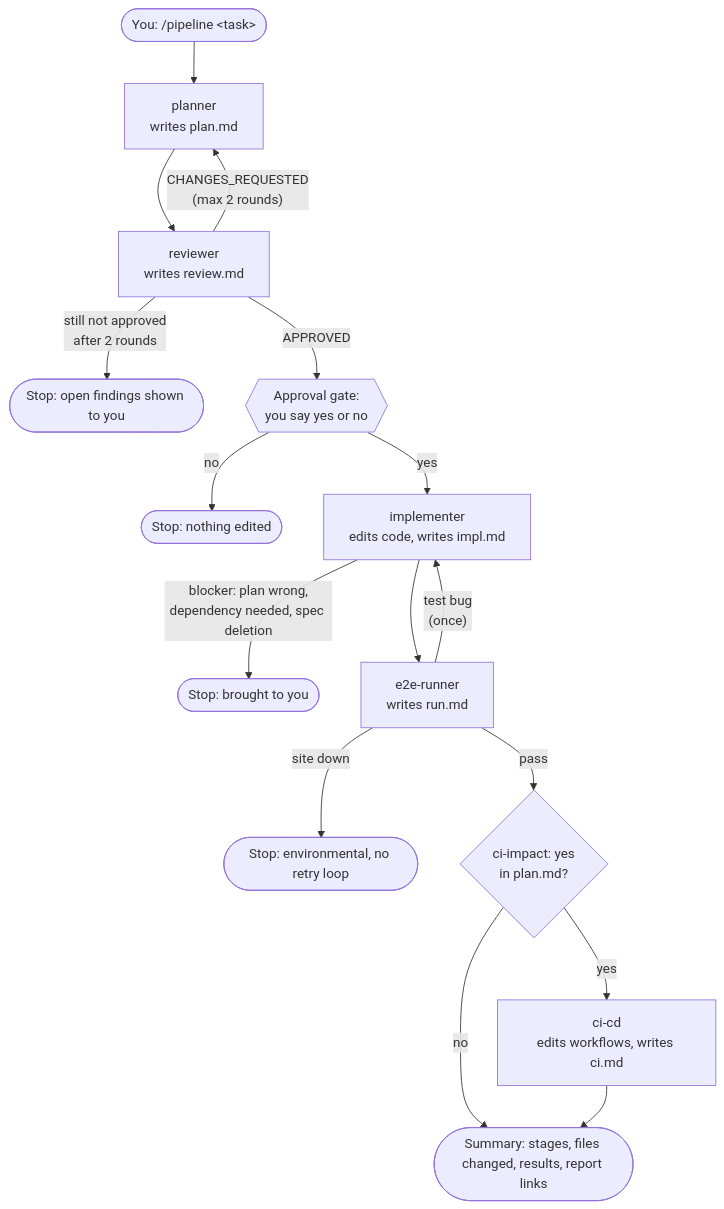
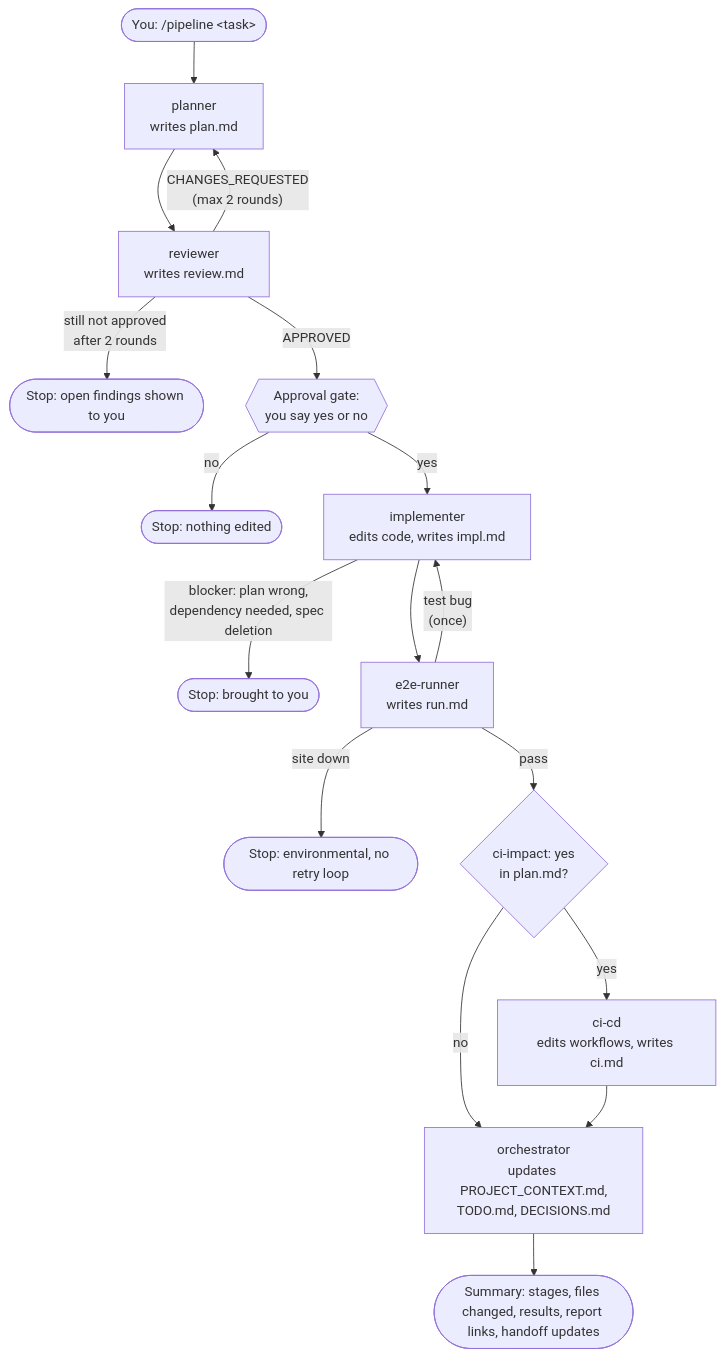
The diagram in README.md (Vijay-puppala/agentic-playwright-framework), drawn with Mermaid before and after one commit. The commit also changed other lines of this file and 11 other files, not shown here.

First line of the commit message:
docs: add AGENTS.md and persistent context files for agent handoff

````diff
--- a/README.md
+++ b/README.md
@@ -265,18 +270,19 @@
 ```mermaid
 flowchart TD
     U([You: /pipeline &lt;task&gt;]) --> P[planner<br/>writes plan.md]
     P --> R[reviewer<br/>writes review.md]
     R -- "CHANGES_REQUESTED<br/>(max 2 rounds)" --> P
     R -- "still not approved<br/>after 2 rounds" --> X1([Stop: open findings shown to you])
     R -- APPROVED --> G{{Approval gate:<br/>you say yes or no}}
     G -- no --> X2([Stop: nothing edited])
     G -- yes --> I[implementer<br/>edits code, writes impl.md]
     I -- "blocker: plan wrong,<br/>dependency needed, spec deletion" --> X3([Stop: brought to you])
     I --> E[e2e-runner<br/>writes run.md]
     E -- "site down" --> X4([Stop: environmental, no retry loop])
     E -- "test bug<br/>(once)" --> I
     E -- pass --> C{ci-impact: yes<br/>in plan.md?}
     C -- yes --> CI[ci-cd<br/>edits workflows, writes ci.md]
-    C -- no --> S([Summary: stages, files changed, results, report links])
-    CI --> S
+    C -- no --> H[orchestrator<br/>updates PROJECT_CONTEXT.md,<br/>TODO.md, DECISIONS.md]
+    CI --> H
+    H --> S([Summary: stages, files changed, results, report links, handoff updates])
 ```
````
